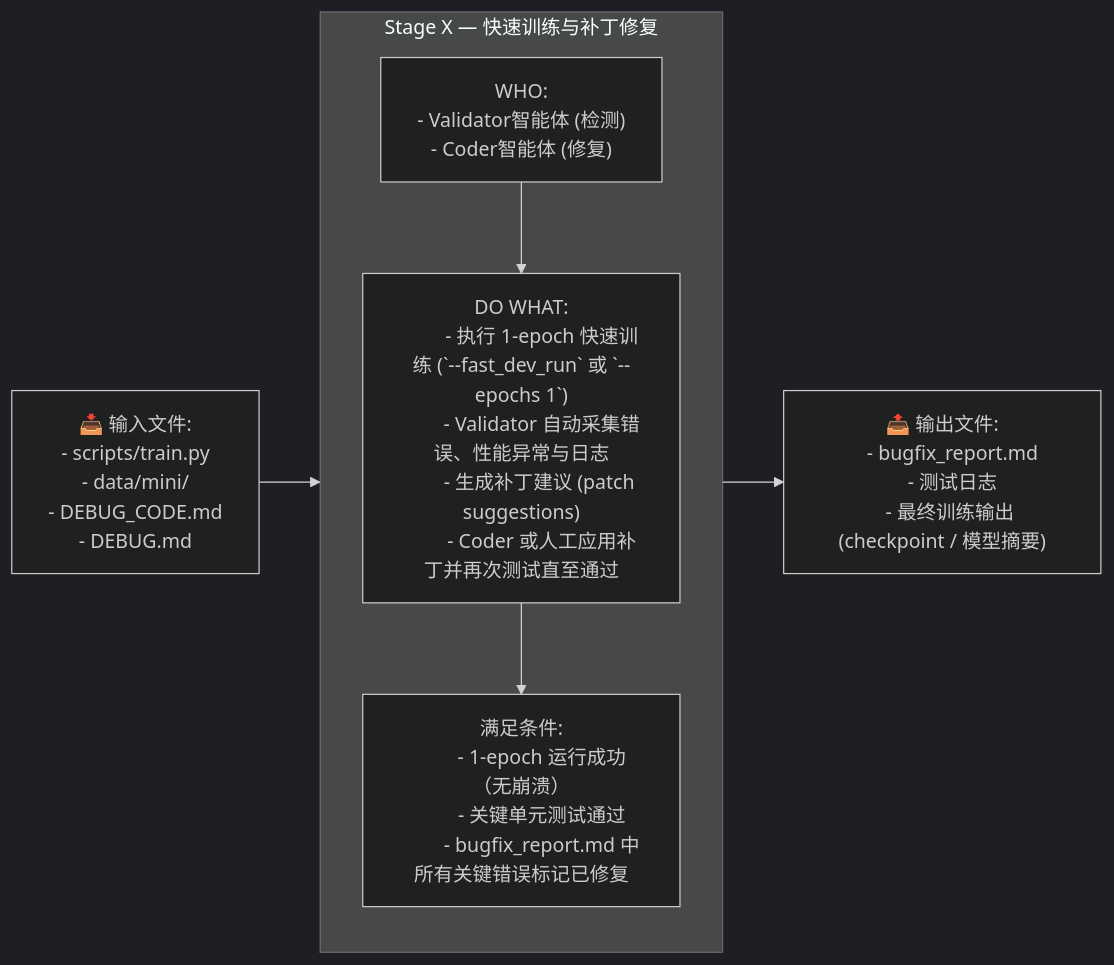
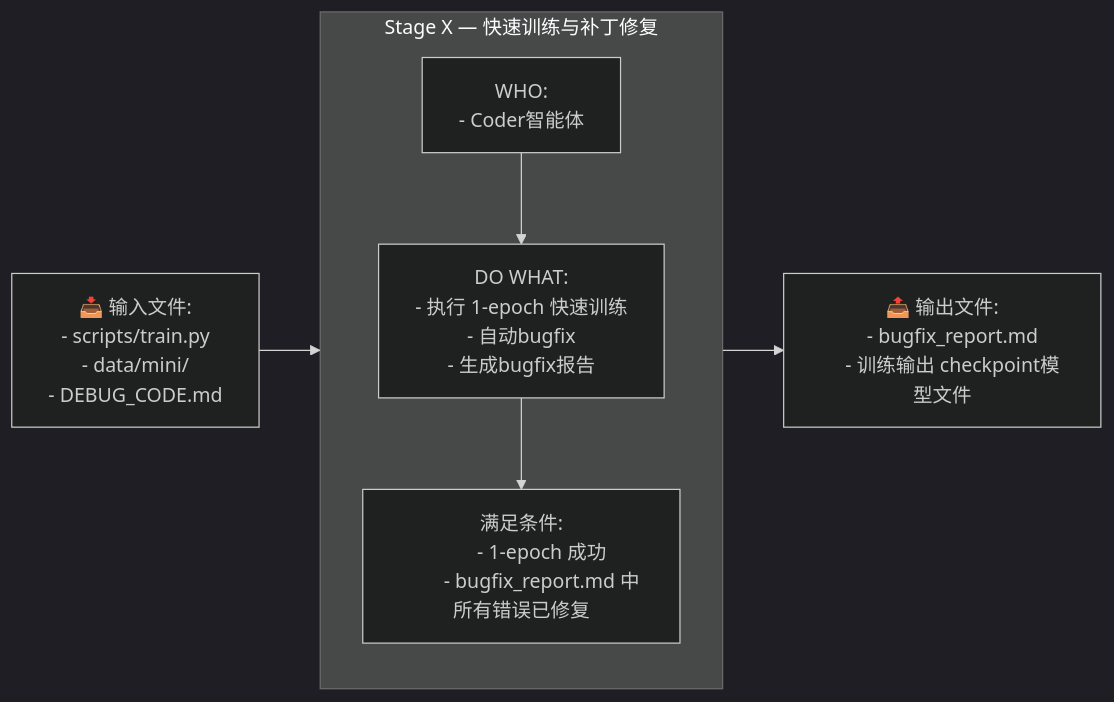
Before and after one commit to ouyangshixiong/context-engineering-zh: the tenth of 17 diagrams in README.md, drawn with Mermaid (dark theme). The commit also changed other lines of this file, not shown here.

````diff
--- a/README.md
+++ b/README.md
@@ -405,37 +457,32 @@
 ```mermaid
 flowchart LR
     %% ================= Stage X =================
     I["📥 输入文件:
     - scripts/train.py
     - data/mini/
-    - DEBUG_CODE.md
-    - DEBUG.md"]
+    - DEBUG_CODE.md"]
 
     O["📤 输出文件:
     - bugfix_report.md
-    - 测试日志
-    - 最终训练输出 (checkpoint / 模型摘要)"]
+    - 训练输出 checkpoint模型文件"]
 
     subgraph S["Stage X — 快速训练与补丁修复"]
         direction TB
         W["WHO:
-        - Validator智能体 (检测)
-        - Coder智能体 (修复)"]
+        - Coder智能体"]
 
         A["DO WHAT:
-        - 执行 1-epoch 快速训练 (`--fast_dev_run` 或 `--epochs 1`)
-        - Validator 自动采集错误、性能异常与日志
-        - 生成补丁建议 (patch suggestions)
-        - Coder 或人工应用补丁并再次测试直至通过"]
+        - 执行 1-epoch 快速训练
+        - 自动bugfix
+        - 生成bugfix报告"]
 
         V["满足条件:
-        - 1-epoch 运行成功（无崩溃）
-        - 关键单元测试通过
-        - bugfix_report.md 中所有关键错误标记已修复"]
+        - 1-epoch 成功
+        - bugfix_report.md 中所有错误已修复"]
 
         W --> A --> V
     end
 
     I --> S --> O
 
 ```
````
